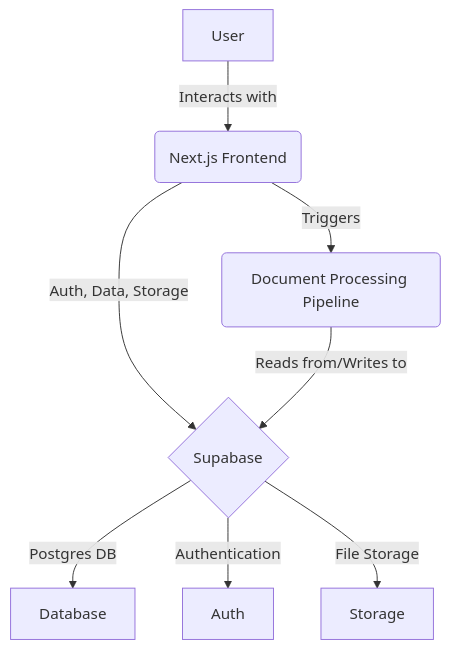
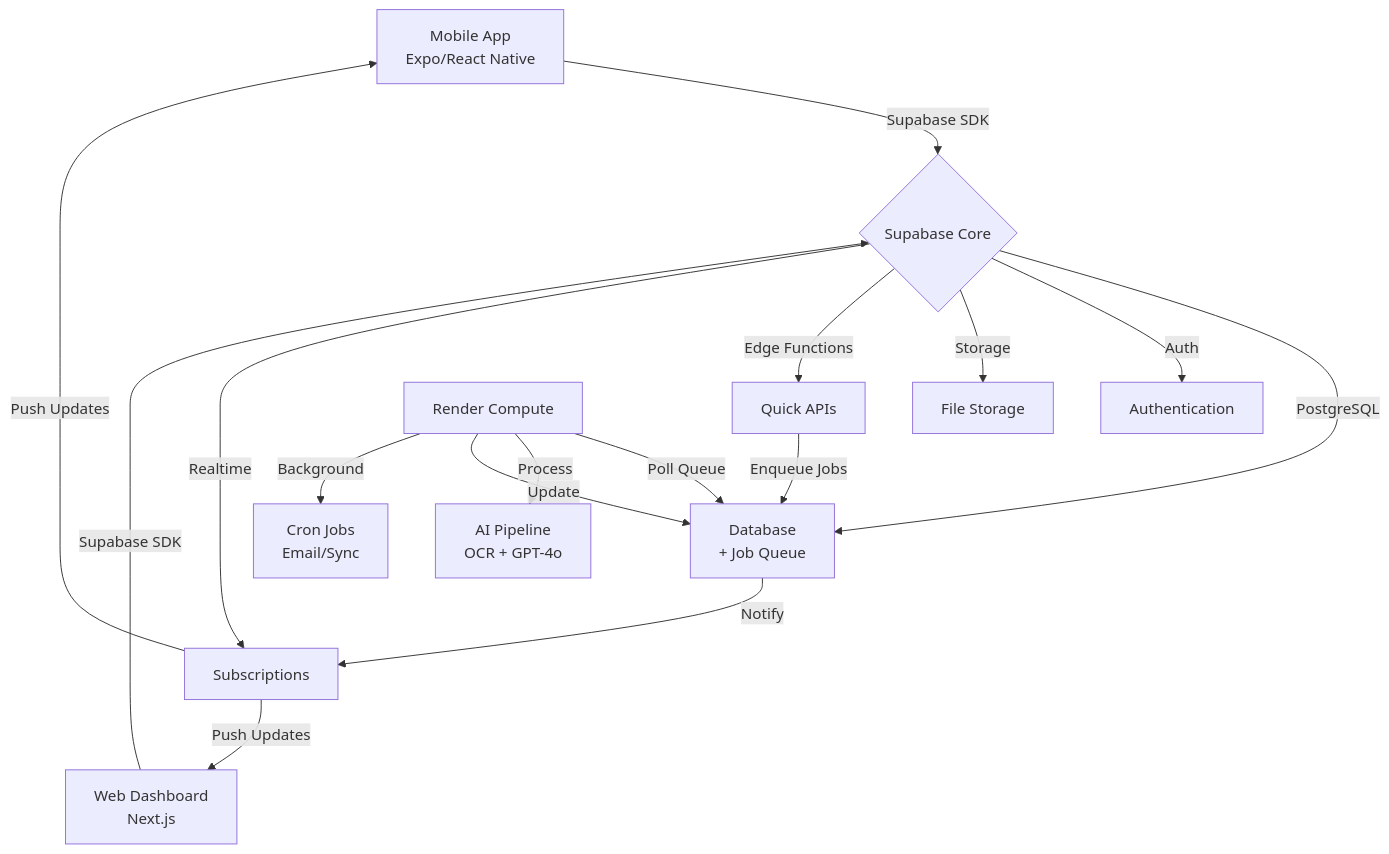
Before and after one commit to xavierjflanagan/Guardian: the diagram in docs/architecture/system-design.md, drawn with Mermaid. The commit also changed other lines of this file and 6 other files, not shown here.

````diff
--- a/docs/architecture/system-design.md
+++ b/docs/architecture/system-design.md
@@ -18,10 +39,22 @@
 ```mermaid
 graph TD
-    A[User] -->|Interacts with| B(Next.js Frontend);
-    B -->|Auth, Data, Storage| C{Supabase};
-    C -->|Postgres DB| D[Database];
-    C -->|Authentication| E[Auth];
-    C -->|File Storage| F[Storage];
-    B -->|Triggers| G(Document Processing Pipeline);
-    G -->|Reads from/Writes to| C;
+    A[Mobile App<br/>Expo/React Native] -->|Supabase SDK| B{Supabase Core};
+    W[Web Dashboard<br/>Next.js] -->|Supabase SDK| B;
+    
+    B -->|PostgreSQL| C[Database<br/>+ Job Queue];
+    B -->|Auth| D[Authentication];
+    B -->|Storage| E[File Storage];
+    B -->|Edge Functions| F[Quick APIs];
+    B -->|Realtime| G[Subscriptions];
+    
+    F -->|Enqueue Jobs| C;
+    
+    H[Render Compute] -->|Poll Queue| C;
+    H -->|Process| I[AI Pipeline<br/>OCR + GPT-4o];
+    H -->|Update| C;
+    H -->|Background| J[Cron Jobs<br/>Email/Sync];
+    
+    C -->|Notify| G;
+    G -->|Push Updates| A;
+    G -->|Push Updates| W;
 ```
````
